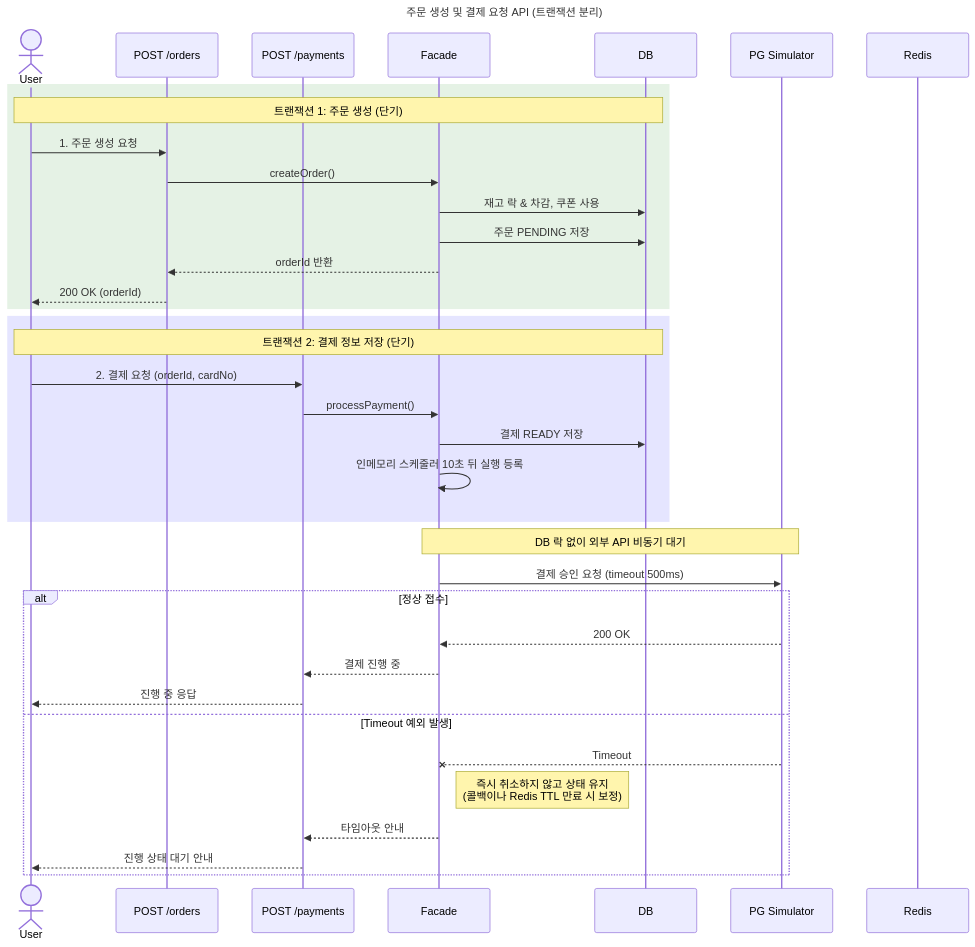
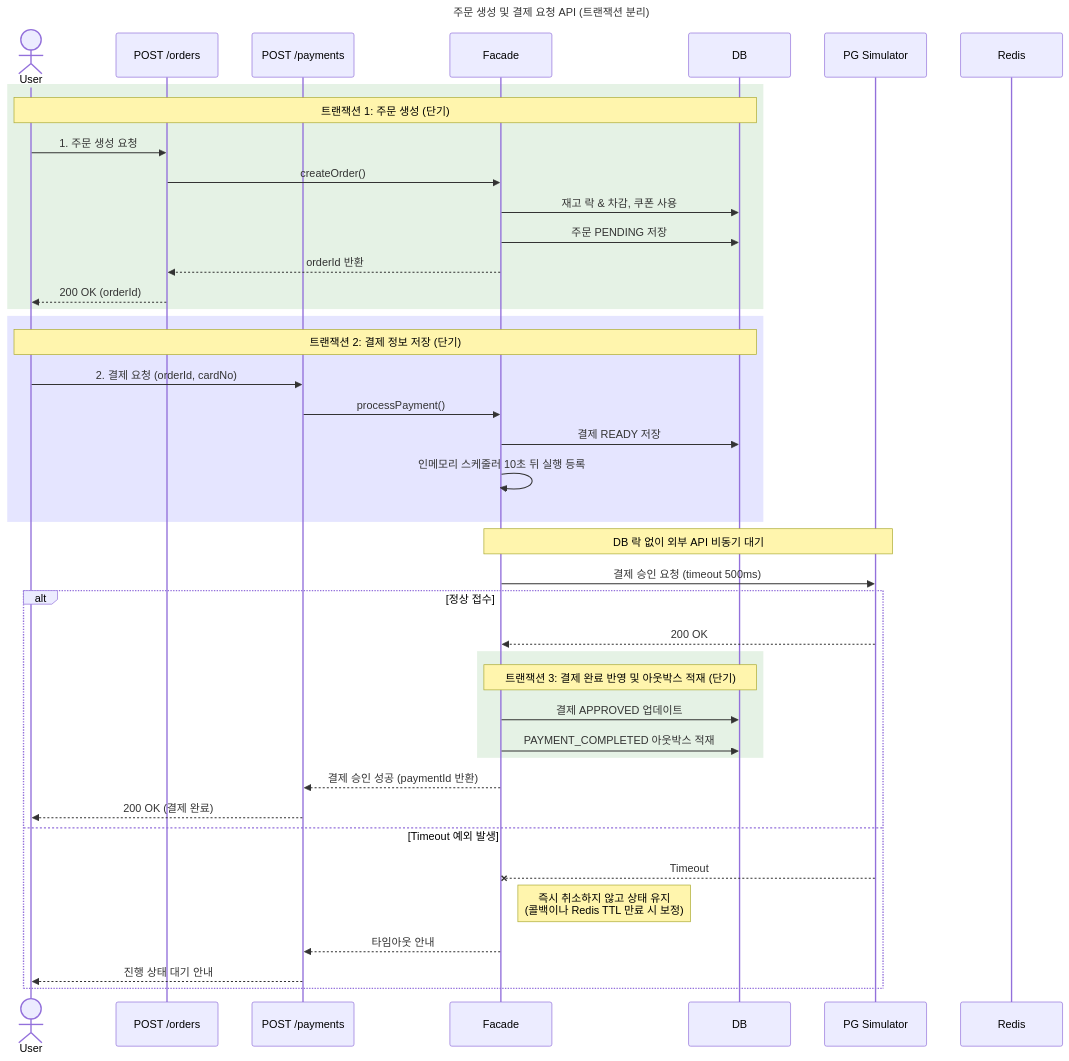
The first of 12 diagrams in docs/week2/02-sequence-diagrams.md (eelseungmin/loop-pack-be-l2-vol4-java), drawn with Mermaid before and after one commit. The commit also changed 2 other files, not shown here.

Commit message:
fix: 결제 승인 완료 아웃박스 이벤트 누락 문제 해결

````diff
--- a/docs/week2/02-sequence-diagrams.md
+++ b/docs/week2/02-sequence-diagrams.md
@@ -1,45 +1,50 @@
 ```mermaid
 sequenceDiagram
     title 주문 생성 및 결제 요청 API (트랜잭션 분리)
     actor User
     participant OrderAPI as POST /orders
     participant PaymentAPI as POST /payments
     participant Facade as Facade
     participant DB
     participant PG as PG Simulator
     participant Redis
 
     %% 1단계: 주문 생성
     rect rgba(0, 128, 0, 0.1)
         Note over User, DB: 트랜잭션 1: 주문 생성 (단기)
         User->>OrderAPI: 1. 주문 생성 요청
         OrderAPI->>Facade: createOrder()
         Facade->>DB: 재고 락 & 차감, 쿠폰 사용
         Facade->>DB: 주문 PENDING 저장
         Facade-->>OrderAPI: orderId 반환
         OrderAPI-->>User: 200 OK (orderId)
     end
 
     %% 2단계: 결제 요청
     rect rgba(0, 0, 255, 0.1)
         Note over User, DB: 트랜잭션 2: 결제 정보 저장 (단기)
         User->>PaymentAPI: 2. 결제 요청 (orderId, cardNo)
         PaymentAPI->>Facade: processPayment()
         Facade->>DB: 결제 READY 저장
         Facade->>Facade: 인메모리 스케줄러 10초 뒤 실행 등록
     end
     
     Note over Facade, PG: DB 락 없이 외부 API 비동기 대기
     Facade->>PG: 결제 승인 요청 (timeout 500ms)
     
     alt 정상 접수
         PG-->>Facade: 200 OK
-        Facade-->>PaymentAPI: 결제 진행 중
-        PaymentAPI-->>User: 진행 중 응답
+        rect rgba(0, 128, 0, 0.1)
+            Note over Facade, DB: 트랜잭션 3: 결제 완료 반영 및 아웃박스 적재 (단기)
+            Facade->>DB: 결제 APPROVED 업데이트
+            Facade->>DB: PAYMENT_COMPLETED 아웃박스 적재
+        end
+        Facade-->>PaymentAPI: 결제 승인 성공 (paymentId 반환)
+        PaymentAPI-->>User: 200 OK (결제 완료)
     else Timeout 예외 발생
         PG--xFacade: Timeout
         Note right of Facade: 즉시 취소하지 않고 상태 유지<br>(콜백이나 Redis TTL 만료 시 보정)
         Facade-->>PaymentAPI: 타임아웃 안내
         PaymentAPI-->>User: 진행 상태 대기 안내
     end
 ```
````
